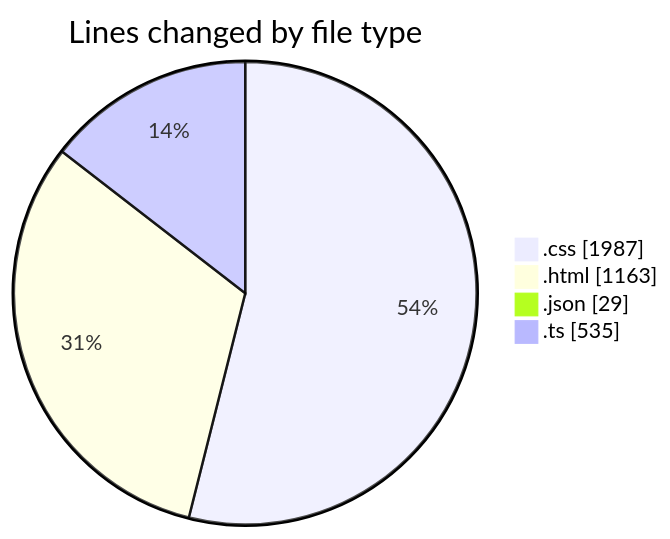
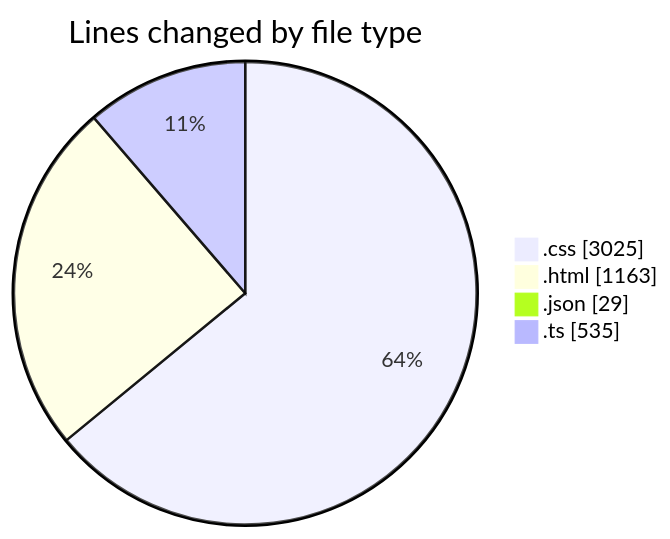
The first of 2 diagrams in 2025-12-30/budget_front_nest/README.md (igalym/code-tracking), drawn with Mermaid before and after one commit. The commit also changed other lines of this file and 1 other file, not shown here.

````diff
--- a/2025-12-30/budget_front_nest/README.md
+++ b/2025-12-30/budget_front_nest/README.md
@@ -32,8 +32,8 @@
 ```mermaid
 pie showData
 title Lines changed by file type
-".css" : 1987
+".css" : 3025
 ".html" : 1163
 ".json" : 29
 ".ts" : 535
 ```
````
